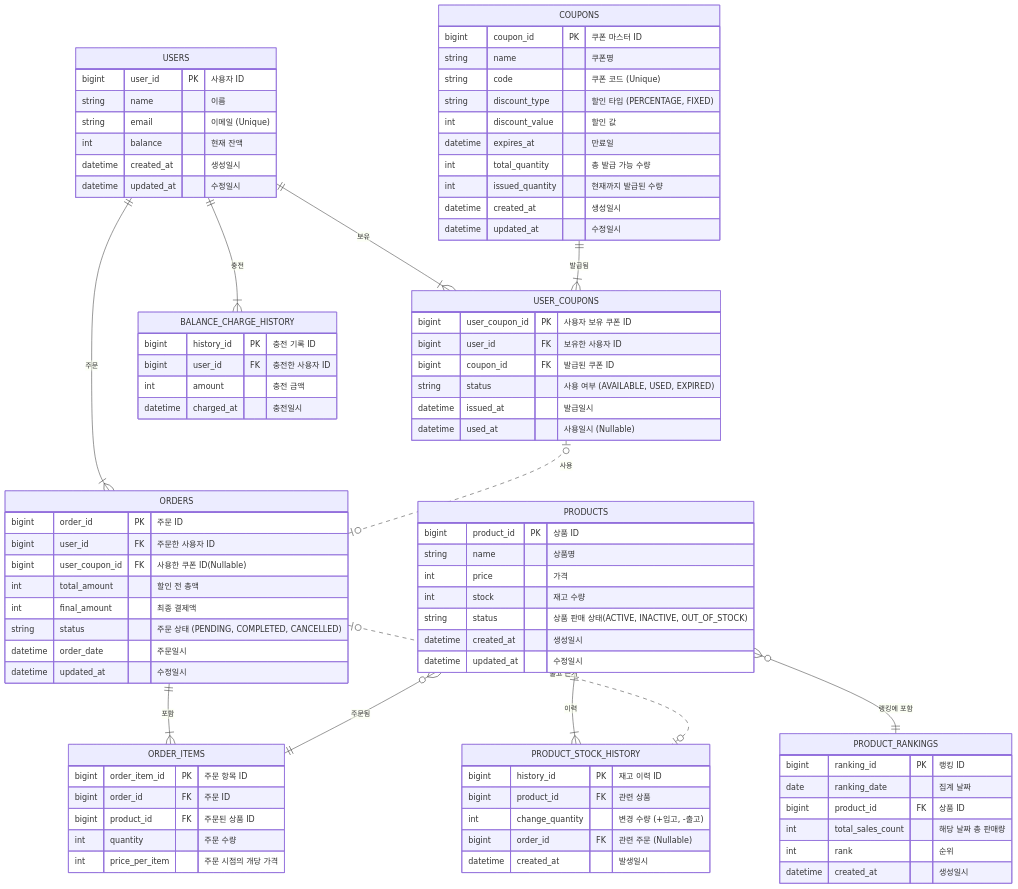
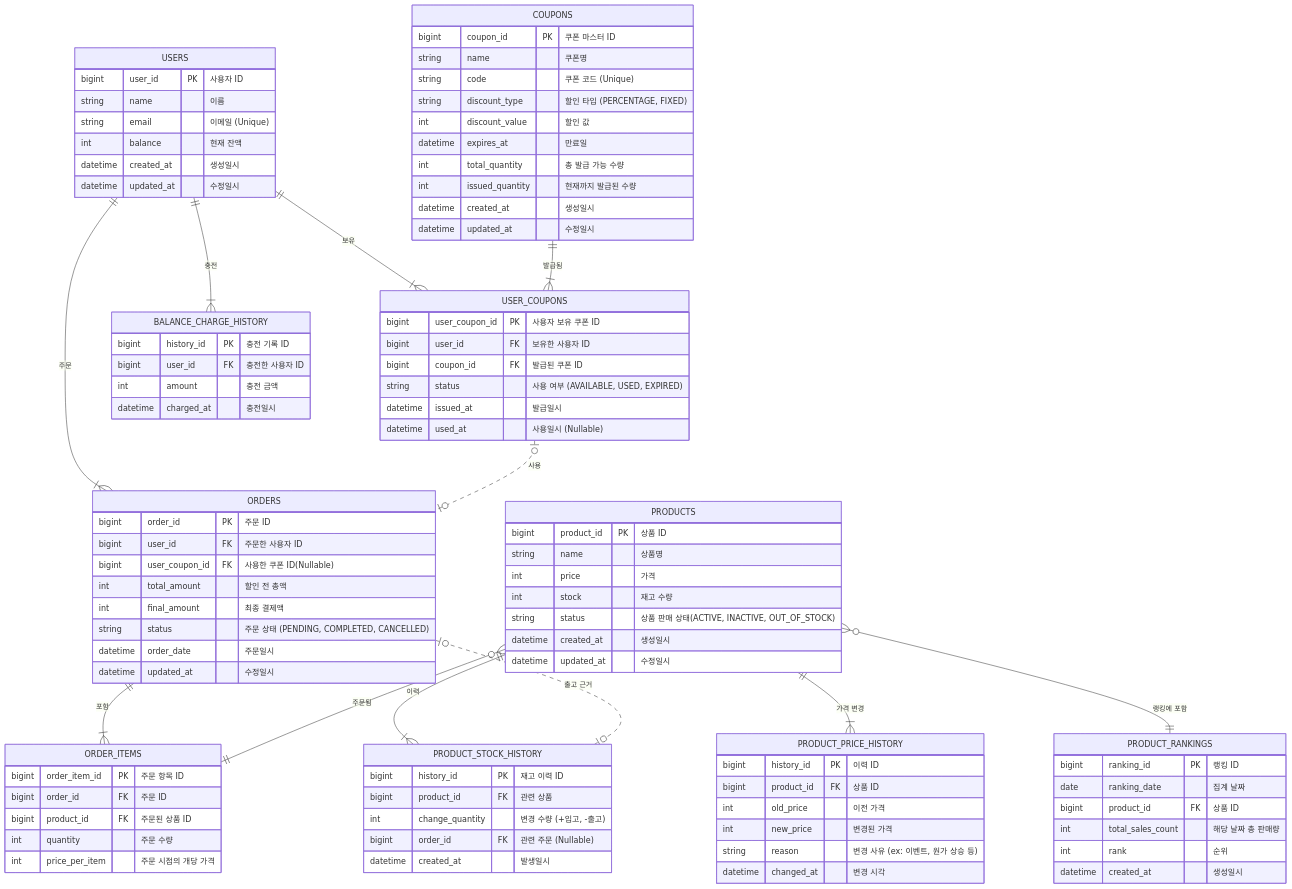
The diagram in docs/03_erd.md (kbyunghoon/e-commerce), drawn with Mermaid before and after one commit. The commit also changed 98 other files, not shown here.

```diff
--- a/docs/03_erd.md
+++ b/docs/03_erd.md
@@ -17,6 +17,15 @@
         string status "상품 판매 상태(ACTIVE, INACTIVE, OUT_OF_STOCK)"
         datetime created_at "생성일시"
         datetime updated_at "수정일시"
+    }
+
+    PRODUCT_PRICE_HISTORY {
+        bigint history_id PK "이력 ID"
+        bigint product_id FK "상품 ID"
+        int old_price "이전 가격"
+        int new_price "변경된 가격"
+        string reason "변경 사유 (ex: 이벤트, 원가 상승 등)"
+        datetime changed_at "변경 시각"
     }
 
     ORDERS {
@@ -95,6 +104,7 @@
     USER_COUPONS |o..o| ORDERS : "사용"
 
     PRODUCTS ||--|{ PRODUCT_STOCK_HISTORY : "이력"
+    PRODUCTS ||--|{ PRODUCT_PRICE_HISTORY : "가격 변경"
     ORDERS |o..o| PRODUCT_STOCK_HISTORY : "출고 근거"
 
     PRODUCTS }o--|| PRODUCT_RANKINGS : "랭킹에 포함"
```
